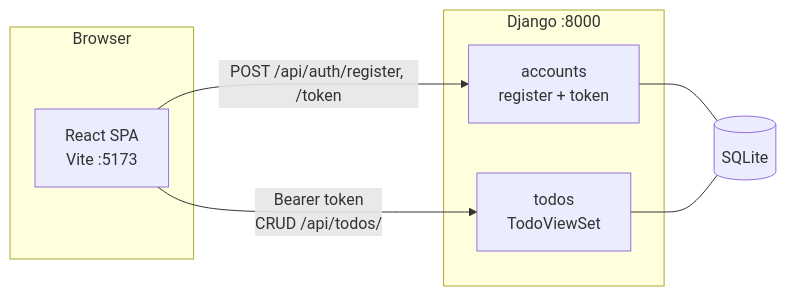
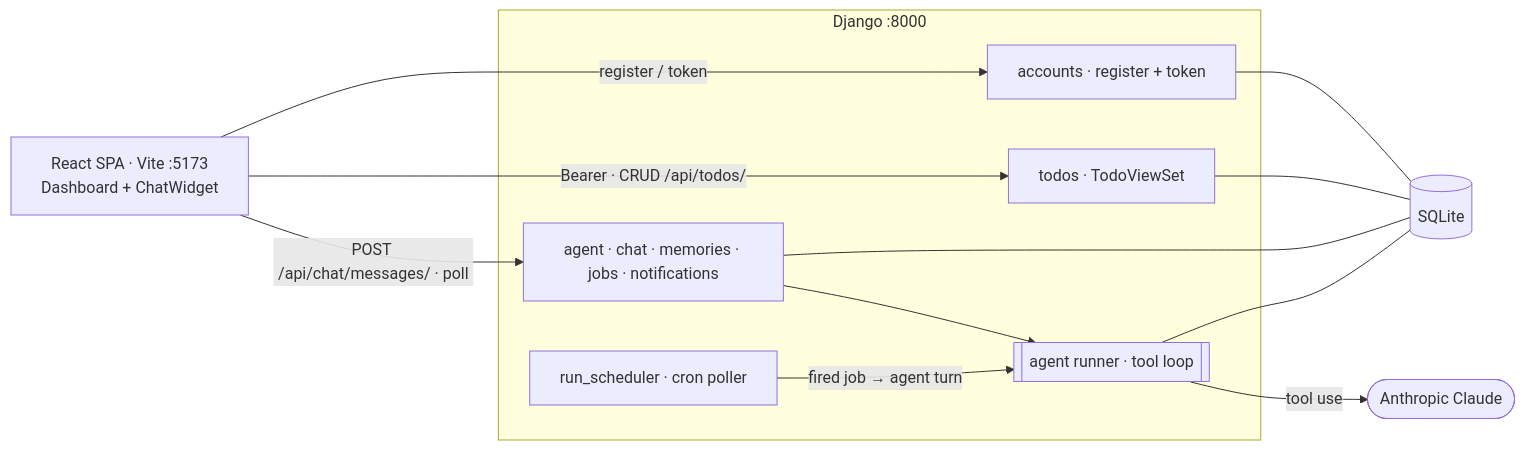
Before and after one commit to hardness1020/agentic-todo: the diagram in README.md, drawn with Mermaid. The commit also changed other lines of this file and 41 other files, not shown here.

First line of the commit message:
feat(agent): agentic AI assistant + reactive dashboard

````diff
--- a/README.md
+++ b/README.md
@@ -52,16 +80,24 @@
 ```mermaid
 flowchart LR
-    subgraph Browser
-        UI[React SPA<br/>Vite :5173]
-    end
+    UI[React SPA · Vite :5173<br/>Dashboard + ChatWidget]
     subgraph Server[Django :8000]
-        AUTH[accounts<br/>register + token]
-        TODO[todos<br/>TodoViewSet]
+        AUTH[accounts · register + token]
+        TODO[todos · TodoViewSet]
+        AGENT[agent · chat · memories · jobs · notifications]
+        RUNNER[[agent runner · tool loop]]
+        SCHED[run_scheduler · cron poller]
     end
     DB[(SQLite)]
+    LLM([Anthropic Claude])
 
-    UI -- "POST /api/auth/register, /token" --> AUTH
-    UI -- "Bearer token<br/>CRUD /api/todos/" --> TODO
+    UI -- "Bearer · CRUD /api/todos/" --> TODO
+    UI -- "POST /api/chat/messages/ · poll" --> AGENT
+    UI -- "register / token" --> AUTH
+    AGENT --> RUNNER
+    SCHED -- "fired job → agent turn" --> RUNNER
+    RUNNER -- "tool use" --> LLM
     AUTH --- DB
     TODO --- DB
+    AGENT --- DB
+    RUNNER --- DB
 ```
````
